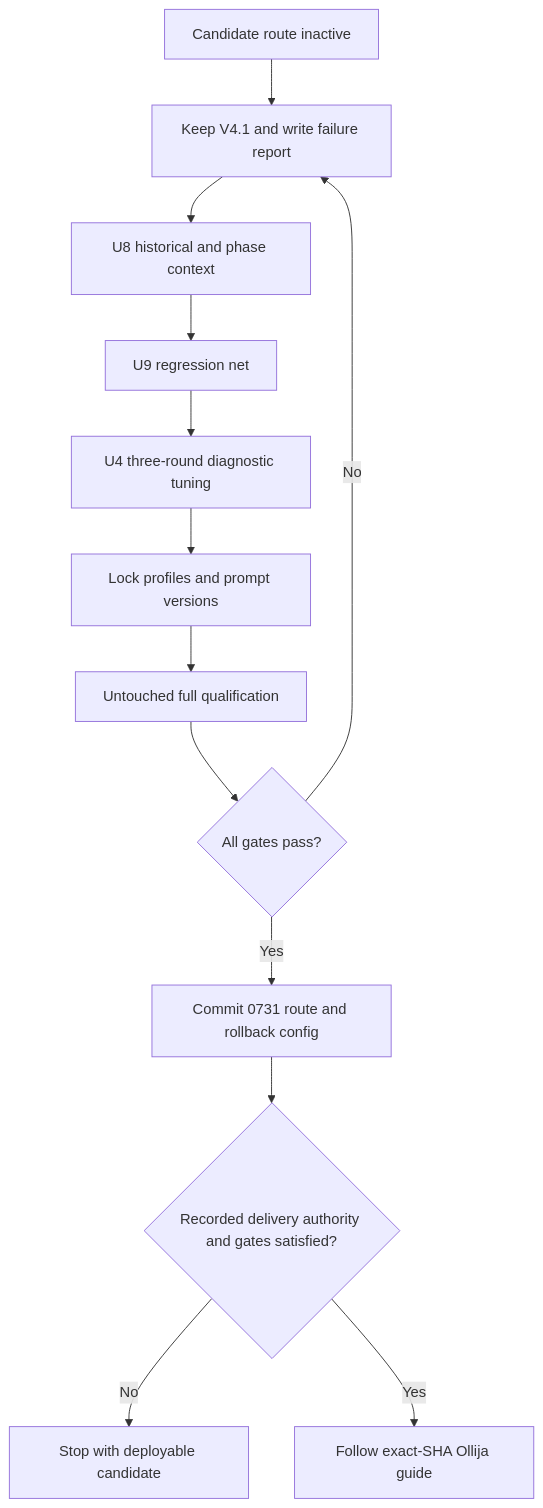
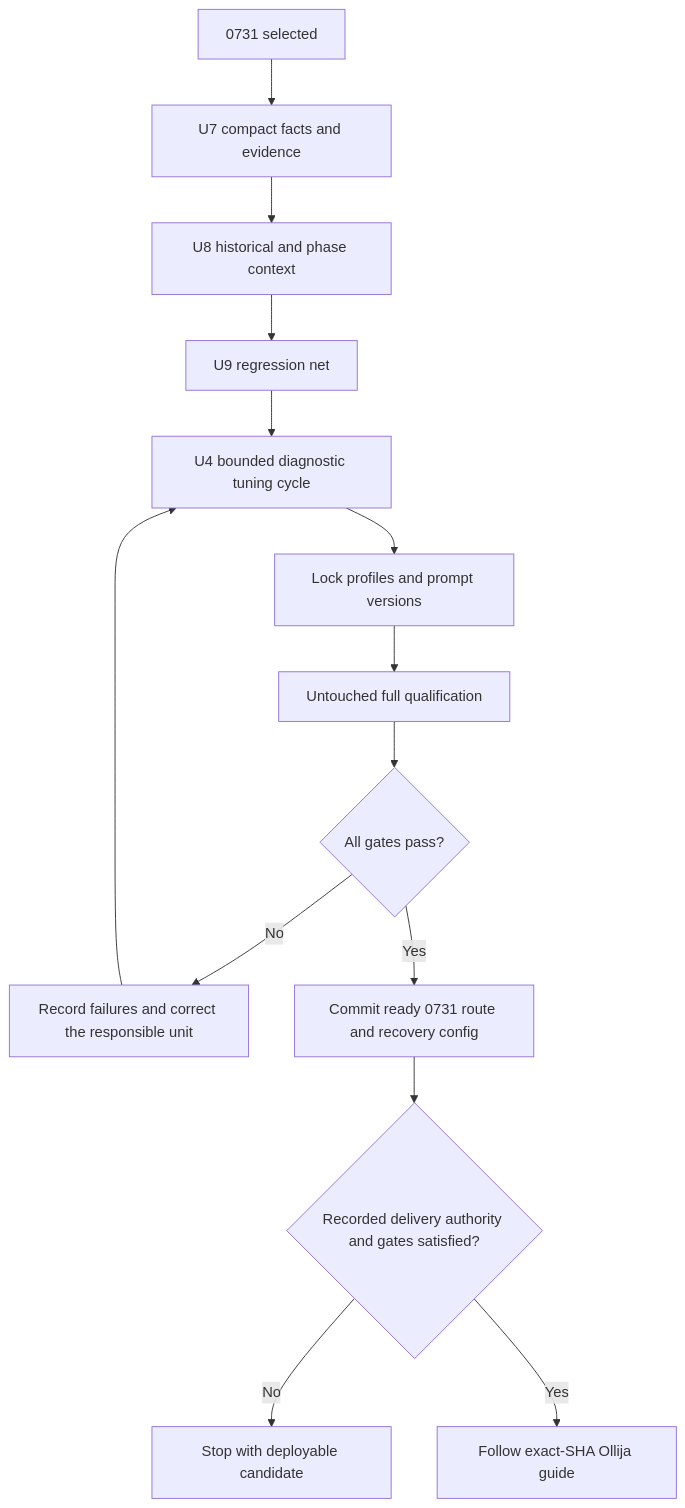
The third of 3 diagrams in docs/plans/2026-09-24-060052-feat-headline-0731-architecture-plan.md (allenwlee/pushin-weight-v2), drawn with Mermaid before and after one commit. The commit also changed other lines of this file and 1 other file, not shown here.

First line of the commit message:
docs(headlines): commit to 0731 and add draft prompts [skip render]

````diff
--- a/docs/plans/2026-09-24-060052-feat-headline-0731-architecture-plan.md
+++ b/docs/plans/2026-09-24-060052-feat-headline-0731-architecture-plan.md
@@ -441,15 +466,16 @@
 ```mermaid
 flowchart TD
-    A[Candidate route inactive] --> F[U7 compact facts and evidence]
+    A[0731 selected] --> F[U7 compact facts and evidence]
     F --> C1[U8 historical and phase context]
     C1 --> R[U9 regression net]
-    R --> P[U4 three-round diagnostic tuning]
+    R --> P[U4 bounded diagnostic tuning cycle]
     P --> L[Lock profiles and prompt versions]
     L --> Q[Untouched full qualification]
     Q --> G{All gates pass?}
-    G -- No --> F[Keep V4.1 and write failure report]
-    G -- Yes --> C[Commit 0731 route and rollback config]
+    G -- No --> E[Record failures and correct the responsible unit]
+    E --> P
+    G -- Yes --> C[Commit ready 0731 route and recovery config]
     C --> D{Recorded delivery authority and gates satisfied?}
     D -- No --> H[Stop with deployable candidate]
     D -- Yes --> S[Follow exact-SHA Ollija guide]
 ```
````
